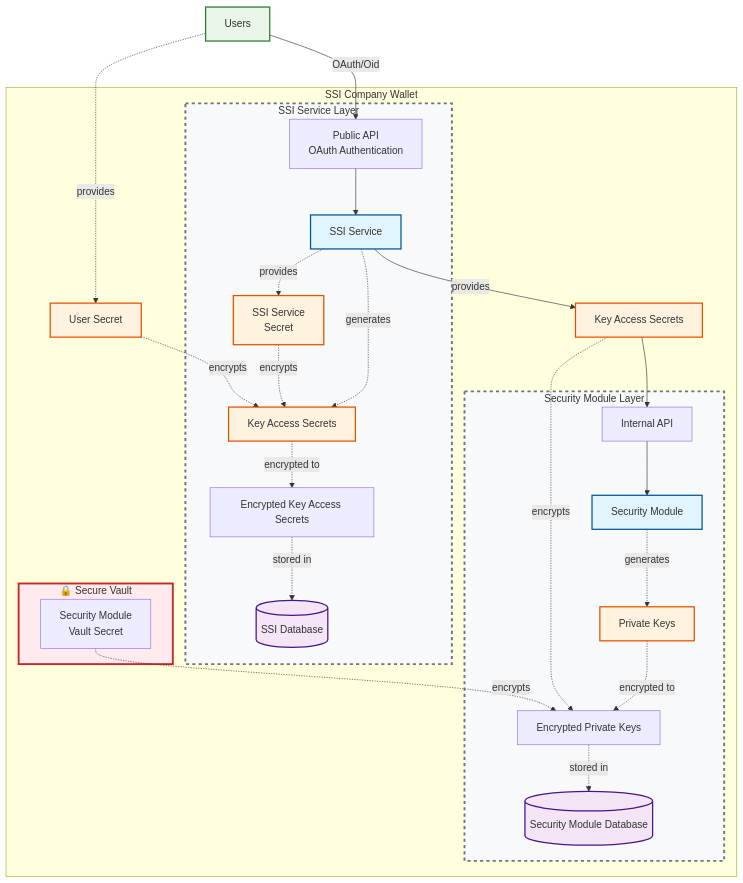
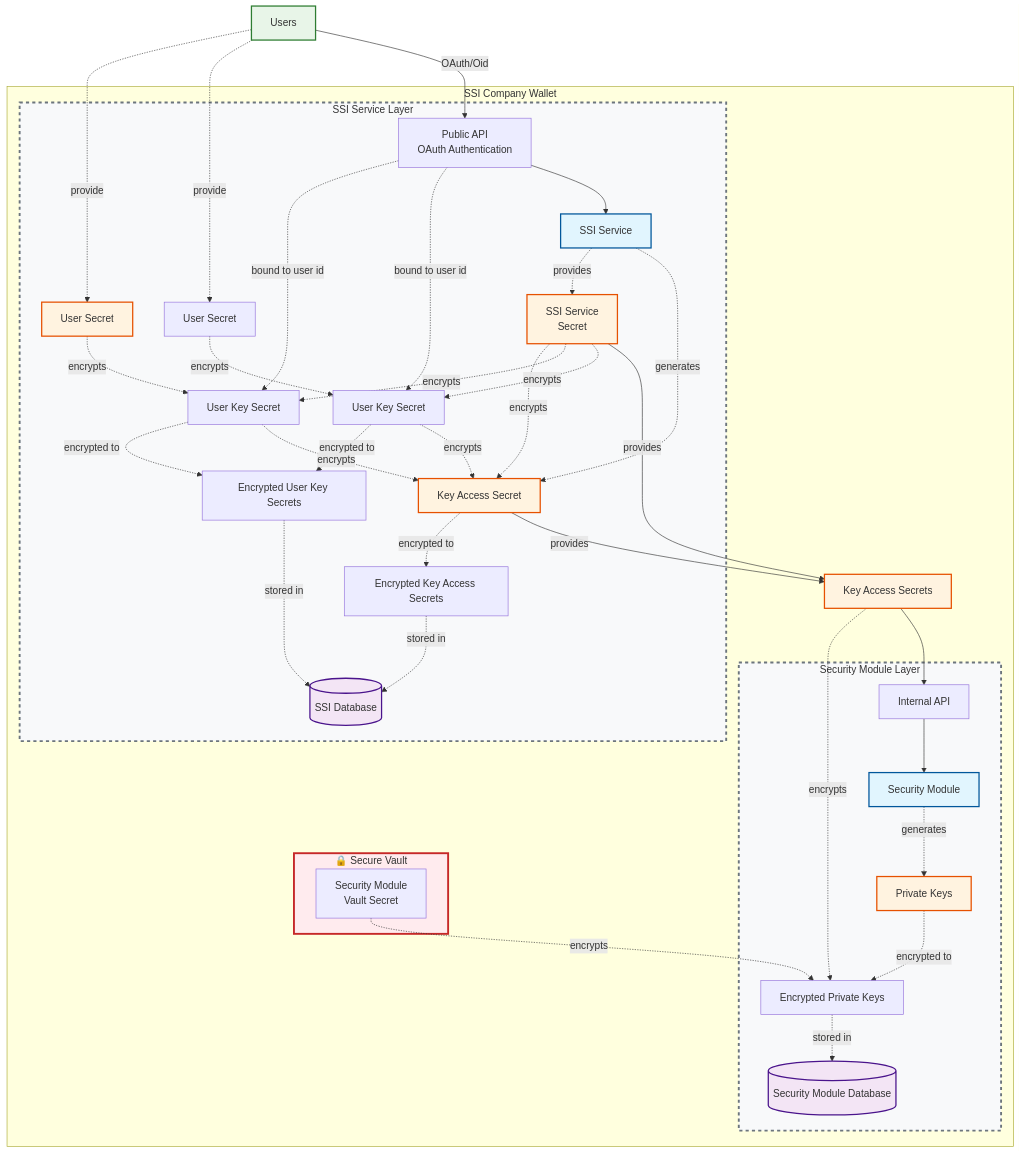
Before and after one commit to european-epc-competence-center/key-service: the diagram in docs/security_and_key_management_concept.md, drawn with Mermaid. The commit also changed 1 other file, not shown here.

Commit message:
updated security concept

```diff
--- a/docs/security_and_key_management_concept.md
+++ b/docs/security_and_key_management_concept.md
@@ -222,19 +222,33 @@
     %% External entities
     Users[Users]
     User_Secret[User Secret]
-    Users -.->|provides| User_Secret
+    User_Secret2[User Secret]
+    Users -.->|provide| User_Secret
+    Users -.->|provide| User_Secret2
+    
 
     subgraph Wallet["SSI Company Wallet"]
+
+  
 
         %% SSI Service with its encryption layer
         subgraph SSI_Layer["SSI Service Layer"]
             SSI_API[Public API<br/>OAuth Authentication]
             SSI_Service["SSI Service"]
             SSI_DB[(SSI Database)]
-            KAS[Key Access Secrets]
+            KAS[Key Access Secret]
             EKAS[Encrypted Key Access Secrets]
+            EUKS[Encrypted User Key Secrets]
 
             SSI_Secret[SSI Service<br/>Secret]
+
+            UKS[User Key Secret]
+            UKS2[User Key Secret]
+
+            User_Secret -.->|encrypts| UKS
+            SSI_API -.->|bound to user id| UKS
+            User_Secret2 -.->|encrypts| UKS2
+            SSI_API -.->|bound to user id| UKS2
 
         end
 
@@ -260,6 +274,12 @@
         SM_API --> Security_Module
 
         EKAS -.->|stored in| SSI_DB
+
+UKS -.->|encrypted to| EUKS
+UKS2 -.->|encrypted to| EUKS
+        EUKS -.->|stored in| SSI_DB
+        
+
         EPK -.->|stored in| SM_DB
 
         %% Key generation
@@ -268,7 +288,10 @@
 
         %% Encryption relationships - SSI Service
         SSI_Secret -.->|encrypts| KAS
-        User_Secret -.->|encrypts| KAS
+        SSI_Secret -.->|encrypts| UKS
+        SSI_Secret -.->|encrypts| UKS2
+        UKS -.->|encrypts| KAS
+        UKS2 -.->|encrypts| KAS
         KAS -.->|encrypted to| EKAS
 
         %% Encryption relationships - Security Module
@@ -277,7 +300,8 @@
         PK -.->|encrypted to| EPK
 
         %% Key flow between layers
-        SSI_Service -->|provides| FKAS
+        KAS -->|provides| FKAS
+        SSI_Secret -->|provides| FKAS
         FKAS --> SM_API
 
     end
```
